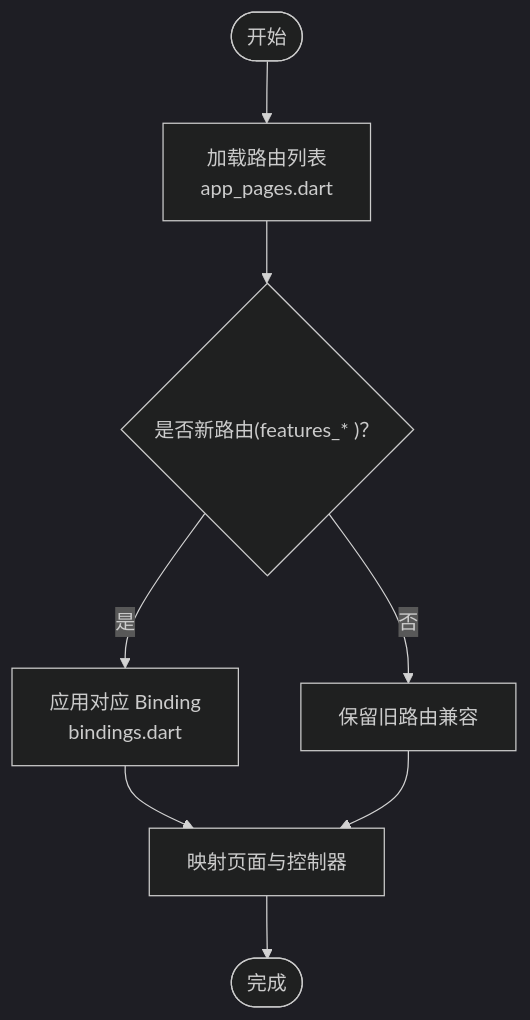
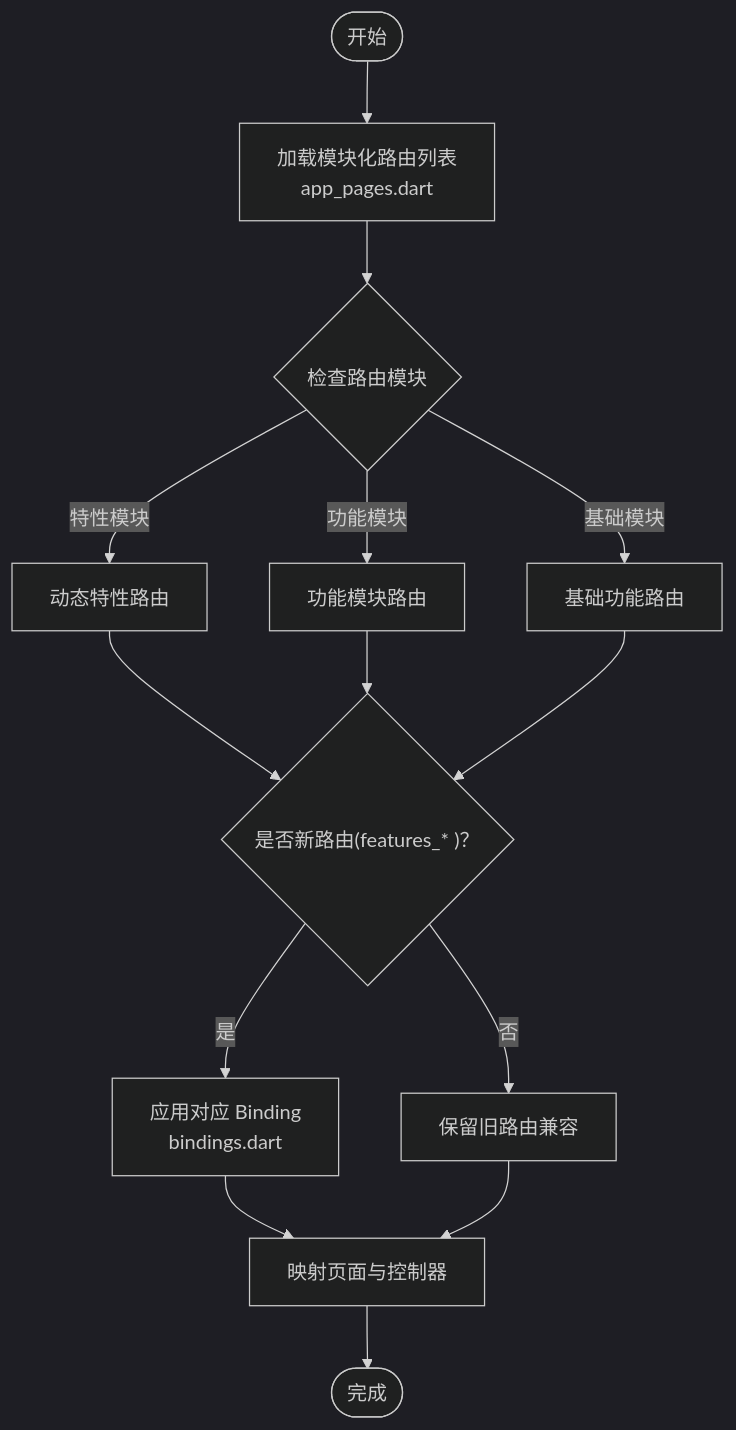
One commit to justLXX/pilipala changed the third of 11 diagrams in .qoder/repowiki/zh/content/核心模块/路由系统.md. Above: the diagram before and after it, drawn with Mermaid (dark theme). The commit also changed other lines of this file and 194 other files, not shown here.

````diff
--- a/.qoder/repowiki/zh/content/核心模块/路由系统.md
+++ b/.qoder/repowiki/zh/content/核心模块/路由系统.md
@@ -121,10 +161,16 @@
 ```mermaid
 flowchart TD
-Start(["开始"]) --> LoadRoutes["加载路由列表<br/>app_pages.dart"]
-LoadRoutes --> NewRoutes{"是否新路由(features_* )？"}
+Start(["开始"]) --> LoadRoutes["加载模块化路由列表<br/>app_pages.dart"]
+LoadRoutes --> ModuleCheck{"检查路由模块"}
+ModuleCheck --> |特性模块| DynamicRoute["动态特性路由"]
+ModuleCheck --> |功能模块| FeatureRoute["功能模块路由"]
+ModuleCheck --> |基础模块| BaseRoute["基础功能路由"]
+DynamicRoute --> NewRoutes{"是否新路由(features_* )？"}
+FeatureRoute --> NewRoutes
+BaseRoute --> NewRoutes
 NewRoutes --> |是| UseBinding["应用对应 Binding<br/>bindings.dart"]
 NewRoutes --> |否| KeepCompat["保留旧路由兼容"]
 UseBinding --> MapPage["映射页面与控制器"]
 KeepCompat --> MapPage
 MapPage --> End(["完成"])
 ```
````
